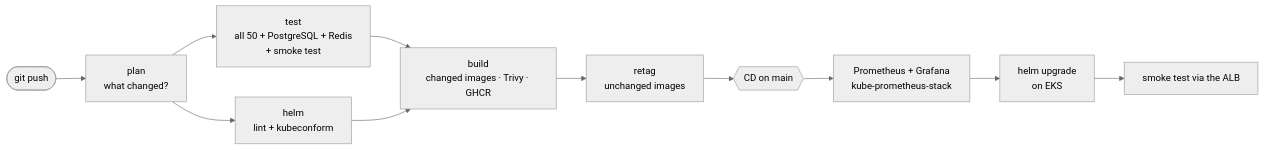
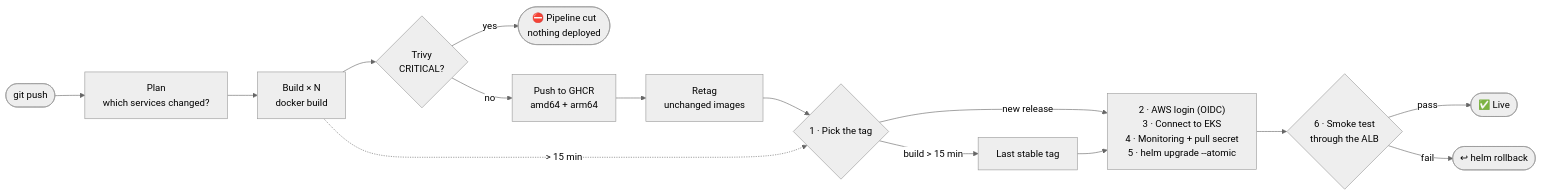
The third of 3 diagrams in README.md (chukwunonsoikenwa/train_microservice_project), drawn with Mermaid (neutral theme) before and after one commit. The commit also changed other lines of this file, not shown here.

````diff
--- a/README.md
+++ b/README.md
@@ -359,13 +204,16 @@
 ```mermaid
 flowchart LR
-    push([git push]) --> plan[plan<br/>what changed?]
-    plan --> test[test<br/>all 50 + PostgreSQL + Redis<br/>+ smoke test]
-    plan --> helm[helm<br/>lint + kubeconform]
-    test --> build[build<br/>changed images · Trivy · GHCR]
-    helm --> build
-    build --> retag[retag<br/>unchanged images]
-    retag --> cd{{CD on main}}
-    cd --> mon[Prometheus + Grafana<br/>kube-prometheus-stack]
-    mon --> eks[helm upgrade<br/>on EKS]
-    eks --> smoke[smoke test via the ALB]
+    push([git push]) --> plan["Plan<br/>which services changed?"]
+    plan --> build["Build × N<br/>docker build"]
+    build --> trivy{"Trivy<br/>CRITICAL?"}
+    trivy -->|yes| stop(["⛔ Pipeline cut<br/>nothing deployed"])
+    trivy -->|no| push2["Push to GHCR<br/>amd64 + arm64"]
+    push2 --> retag["Retag<br/>unchanged images"]
+    retag --> pick{"1 · Pick the tag"}
+    build -.->|"> 15 min"| pick
+    pick -->|"new release"| deploy
+    pick -->|"build > 15 min"| revert["Last stable tag"] --> deploy
+    deploy["2 · AWS login (OIDC)<br/>3 · Connect to EKS<br/>4 · Monitoring + pull secret<br/>5 · helm upgrade --atomic"] --> smoke{"6 · Smoke test<br/>through the ALB"}
+    smoke -->|pass| live(["✅ Live"])
+    smoke -->|fail| rollback(["↩ helm rollback"])
 ```
````
